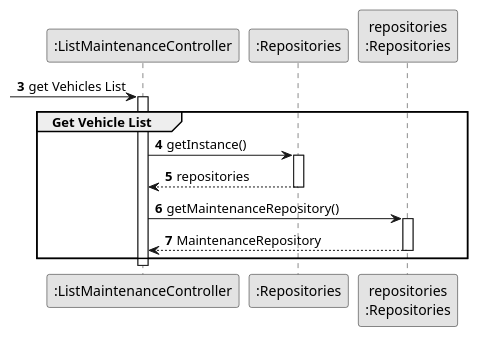
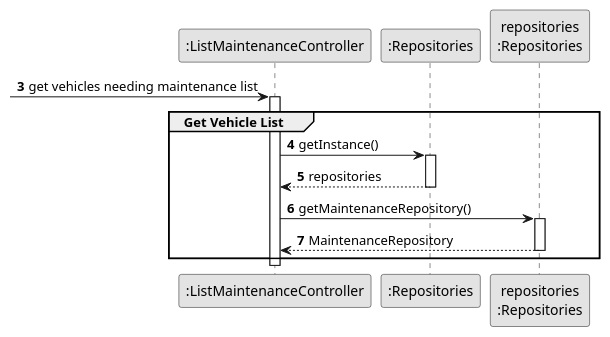
Before and after one commit to ricardomm7/leaflink: the diagram in docs/sprintB/us008/03.design/puml/us008-sequence-diagram-partial-get-maintenance-repository.puml, drawn with PlantUML. The commit also changed 18 other files, not shown here.

```diff
--- a/docs/sprintB/us008/03.design/puml/us008-sequence-diagram-partial-get-maintenance-repository.puml
+++ b/docs/sprintB/us008/03.design/puml/us008-sequence-diagram-partial-get-maintenance-repository.puml
@@ -1,38 +1,38 @@
 @startuml
 skinparam monochrome true
 skinparam packageStyle rectangle
 skinparam shadowing false
 
 autonumber
 
 'hide footbox
 
 participant ":ListMaintenanceController" as CTRL
 participant ":Repositories" as RepositorySingleton
 participant "repositories\n:Repositories" as PLAT
 
 autonumber 3
 
- -> CTRL : get Vehicles List
+ -> CTRL : get vehicles needing maintenance list
 activate CTRL
     group Get Vehicle List
 
         CTRL -> RepositorySingleton : getInstance()
         activate RepositorySingleton
 
         RepositorySingleton --> CTRL: repositories
         deactivate RepositorySingleton
 
         CTRL -> PLAT : getMaintenanceRepository()
         activate PLAT
 
         PLAT --> CTRL: MaintenanceRepository
         deactivate PLAT
 
     end
 
     autonumber 4
 deactivate CTRL
 
 
 @enduml
```
